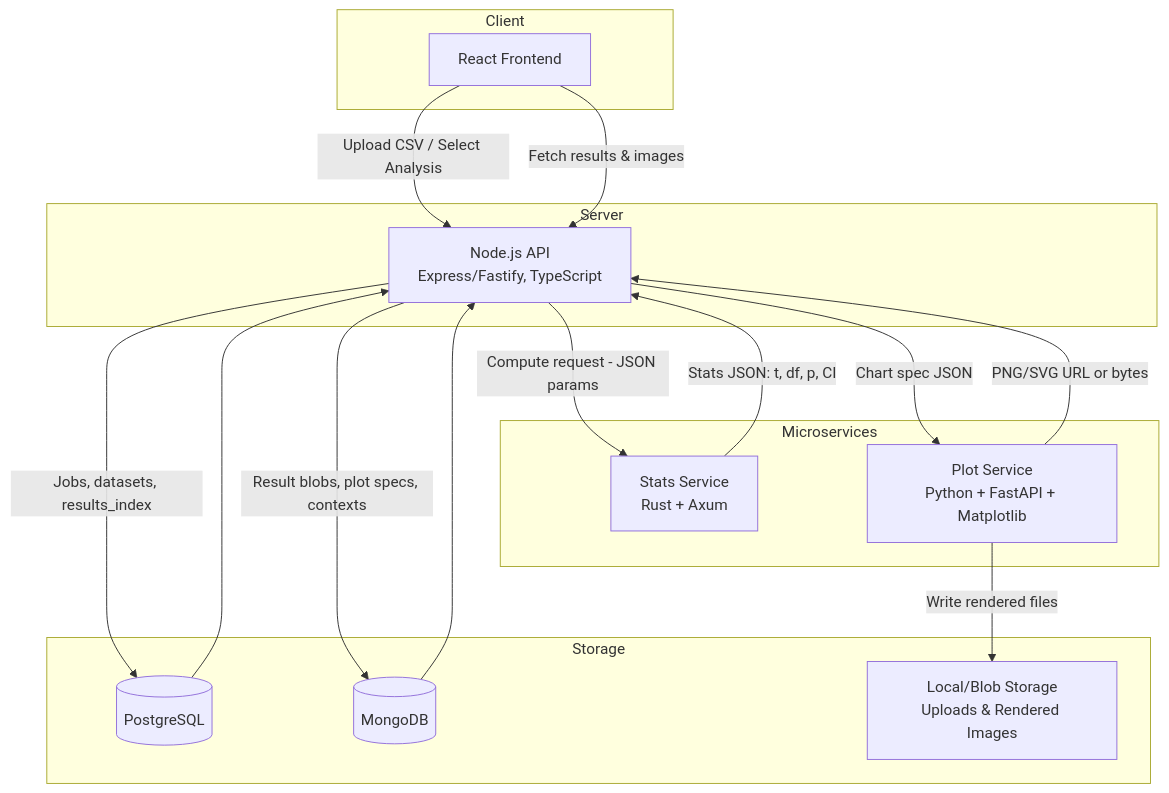
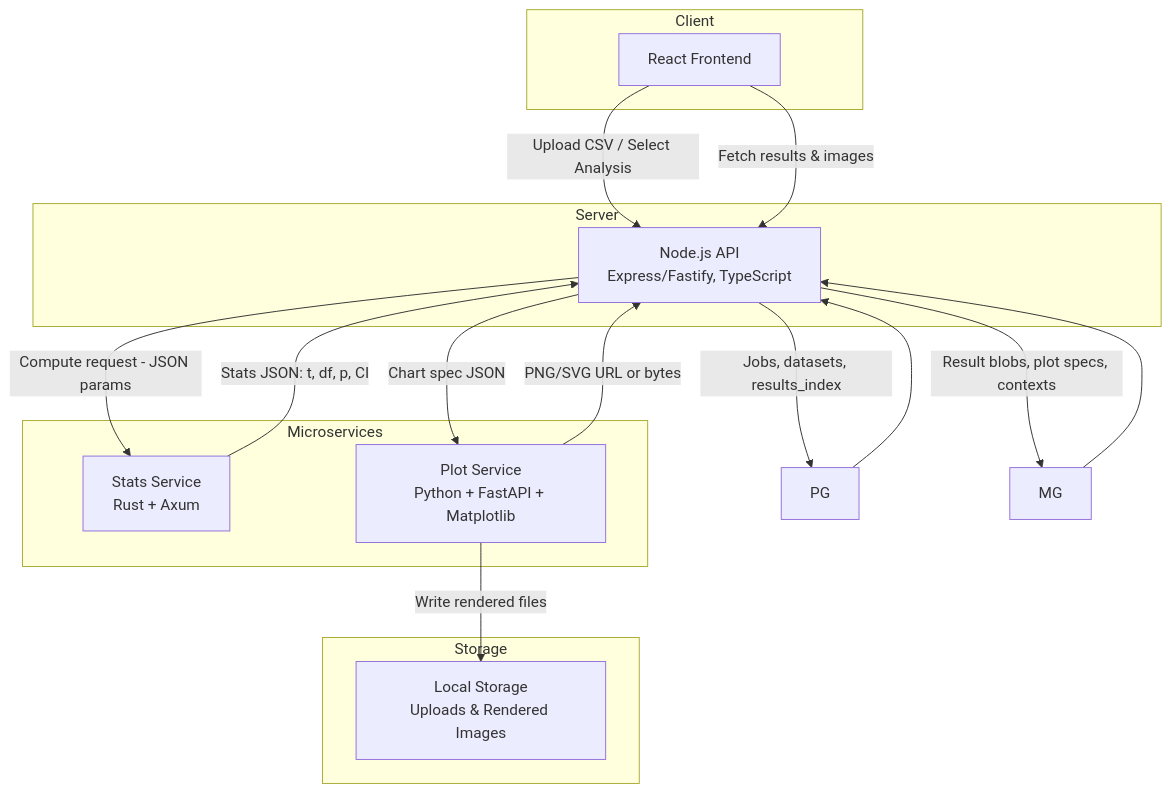
Before and after one commit to swallace100/stats-utility-app: the diagram in docs/architecture.md, drawn with Mermaid. The commit also changed other lines of this file and 17 other files, not shown here.

````diff
--- a/docs/architecture.md
+++ b/docs/architecture.md
@@ -8,39 +8,37 @@
 ```mermaid
 flowchart TD
   %% Groups
   subgraph Client
     FE[React Frontend]
   end
 
   subgraph Server
     API["Node.js API<br/>Express/Fastify, TypeScript"]
   end
 
   subgraph Microservices
     RS["Stats Service<br/>Rust + Axum"]
     PY["Plot Service<br/>Python + FastAPI + Matplotlib"]
   end
 
   subgraph Storage
-    PG[(PostgreSQL)]
-    MG[(MongoDB)]
-    FS["Local/Blob Storage<br/>Uploads & Rendered Images"]
+    FS["Local Storage<br/>Uploads & Rendered Images"]
   end
 
   %% Flows
   FE -->|Upload CSV / Select Analysis| API
   API -->|Compute request - JSON params| RS
   RS -->|Stats JSON: t, df, p, CI| API
   API -->|Chart spec JSON| PY
   PY -->|PNG/SVG URL or bytes| API
 
   %% Persistence - Use separate arrows for max compatibility
   API -->|Jobs, datasets, results_index| PG
   PG --> API
   API -->|Result blobs, plot specs, contexts| MG
   MG --> API
   PY -->|Write rendered files| FS
   FE -->|Fetch results & images| API
 
 
 ```
````
